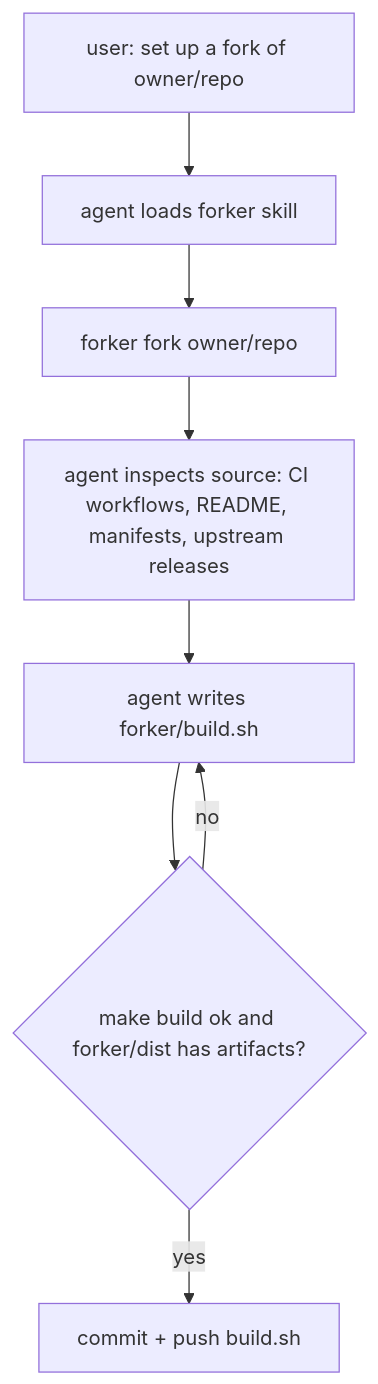
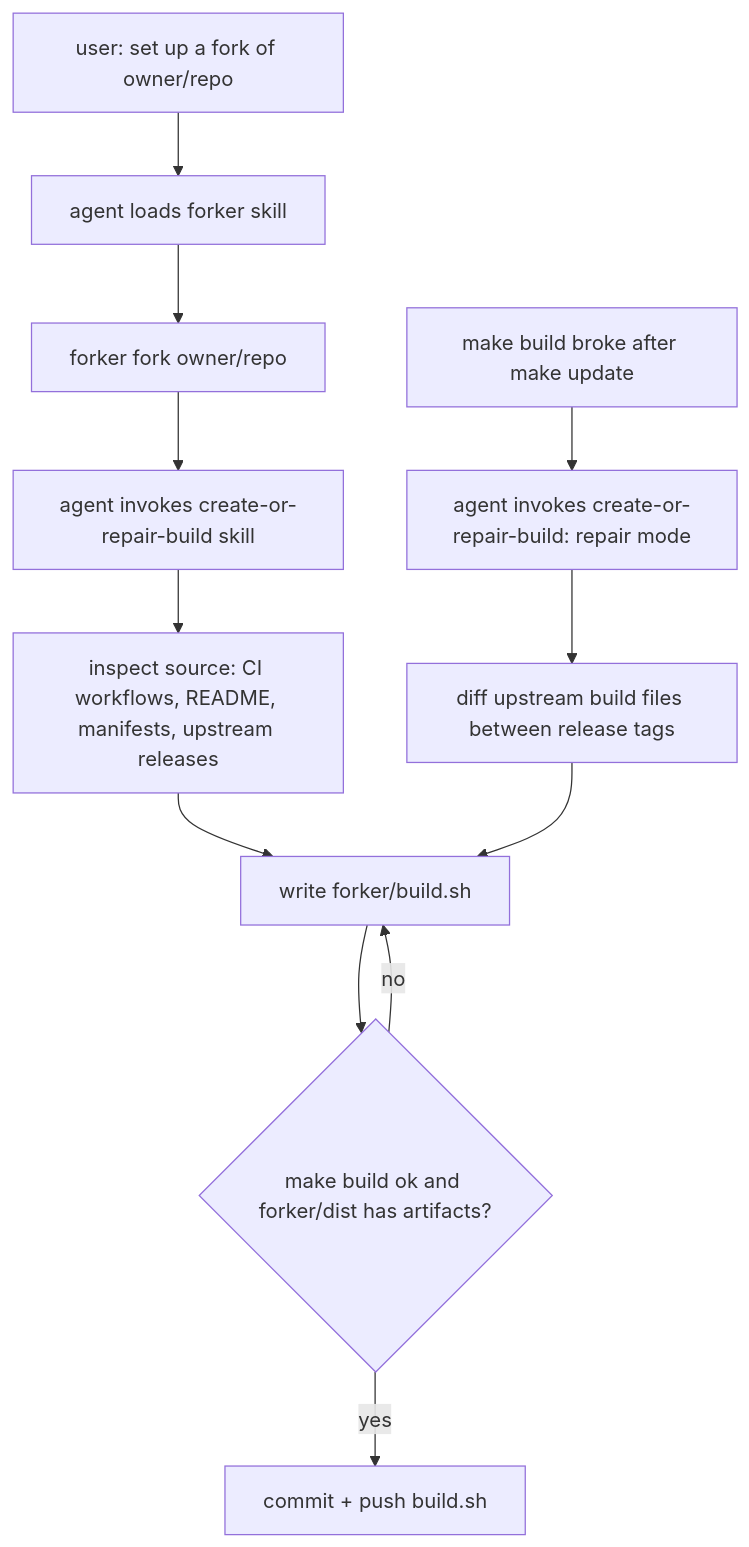
One commit to mchristoffers/forker changed the first of 5 diagrams in docs/logic.md. Above: the diagram before and after it, drawn with Mermaid. The commit also changed other lines of this file and 9 other files, not shown here.

First line of the commit message:
Add create-or-repair-build skill, called from forker skill

````diff
--- a/docs/logic.md
+++ b/docs/logic.md
@@ -10,10 +10,14 @@
 ```mermaid
 flowchart TD
   U[user: set up a fork of owner/repo] --> S[agent loads forker skill]
   S --> F[forker fork owner/repo]
-  F --> I[agent inspects source: CI workflows, README, manifests, upstream releases]
-  I --> W[agent writes forker/build.sh]
+  F --> CR[agent invokes create-or-repair-build skill]
+  CR --> I[inspect source: CI workflows, README, manifests, upstream releases]
+  I --> W[write forker/build.sh]
   W --> B{make build ok and forker/dist has artifacts?}
   B -- no --> W
   B -- yes --> C[commit + push build.sh]
+  X[make build broke after make update] --> R[agent invokes create-or-repair-build: repair mode]
+  R --> D[diff upstream build files between release tags]
+  D --> W
 ```
````
